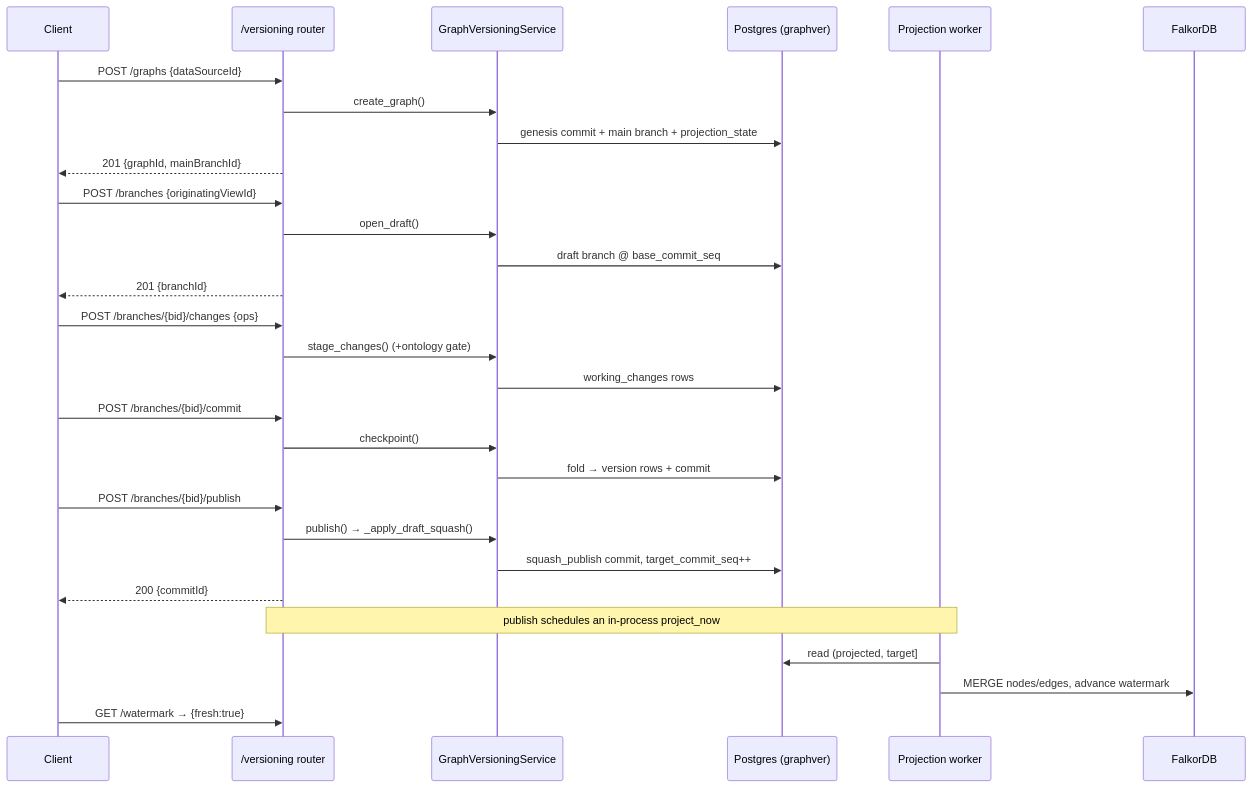
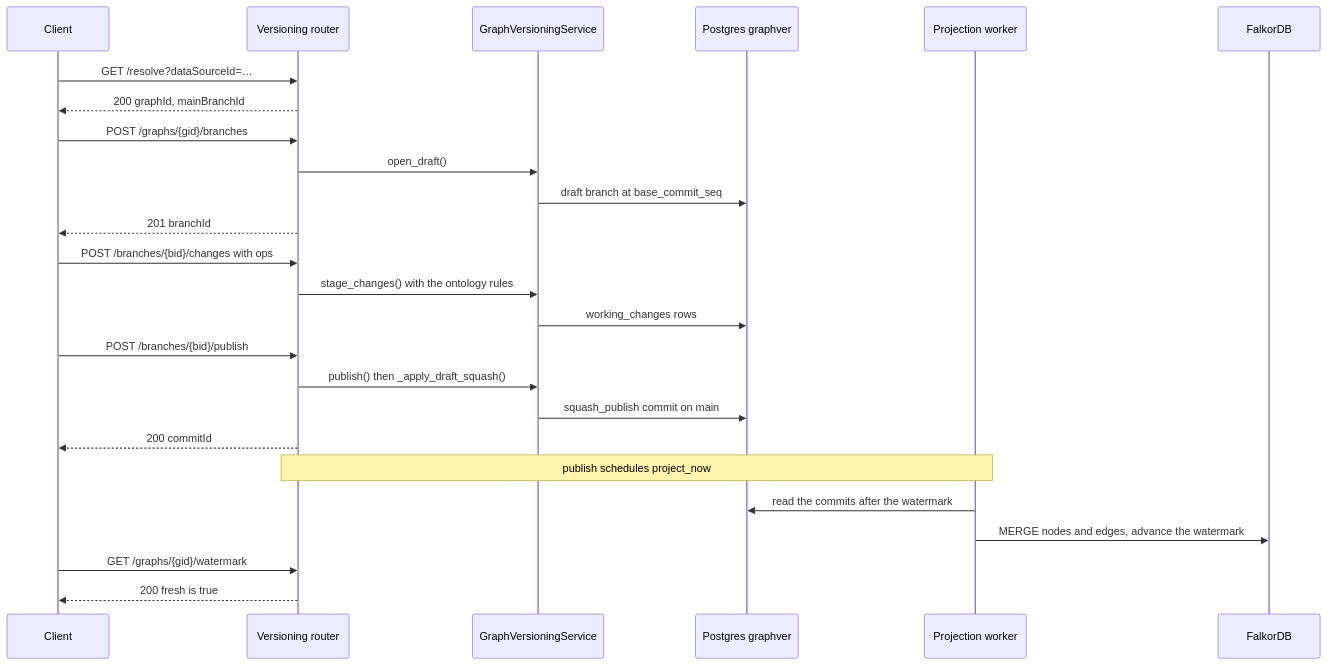
One commit to rkrumins/dataviz changed the diagram in docs/versioning/06-api-reference.md. Above: the diagram before and after it, drawn with Mermaid. The commit also changed other lines of this file and 11 other files, not shown here.

````diff
--- a/docs/versioning/06-api-reference.md
+++ b/docs/versioning/06-api-reference.md
@@ -240,34 +323,28 @@
 ```mermaid
 sequenceDiagram
     participant C as Client
-    participant V as /versioning router
+    participant V as Versioning router
     participant S as GraphVersioningService
-    participant PG as Postgres (graphver)
+    participant PG as Postgres graphver
     participant W as Projection worker
     participant F as FalkorDB
 
-    C->>V: POST /graphs {dataSourceId}
-    V->>S: create_graph()
-    S->>PG: genesis commit + main branch + projection_state
-    V-->>C: 201 {graphId, mainBranchId}
-
-    C->>V: POST /branches {originatingViewId}
+    C->>V: GET /resolve?dataSourceId=…
+    V-->>C: 200 graphId, mainBranchId
+    C->>V: POST /graphs/{gid}/branches
     V->>S: open_draft()
-    S->>PG: draft branch @ base_commit_seq
-    V-->>C: 201 {branchId}
-
-    C->>V: POST /branches/{bid}/changes {ops}
-    V->>S: stage_changes() (+ontology gate)
+    S->>PG: draft branch at base_commit_seq
+    V-->>C: 201 branchId
+    C->>V: POST /branches/{bid}/changes with ops
+    V->>S: stage_changes() with the ontology rules
     S->>PG: working_changes rows
-    C->>V: POST /branches/{bid}/commit
-    V->>S: checkpoint()
-    S->>PG: fold → version rows + commit
     C->>V: POST /branches/{bid}/publish
-    V->>S: publish() → _apply_draft_squash()
-    S->>PG: squash_publish commit, target_commit_seq++
-    V-->>C: 200 {commitId}
-    Note over V,W: publish schedules an in-process project_now
-    W->>PG: read (projected, target]
-    W->>F: MERGE nodes/edges, advance watermark
-    C->>V: GET /watermark → {fresh:true}
+    V->>S: publish() then _apply_draft_squash()
+    S->>PG: squash_publish commit on main
+    V-->>C: 200 commitId
+    Note over V,W: publish schedules project_now
+    W->>PG: read the commits after the watermark
+    W->>F: MERGE nodes and edges, advance the watermark
+    C->>V: GET /graphs/{gid}/watermark
+    V-->>C: 200 fresh is true
 ```
````
